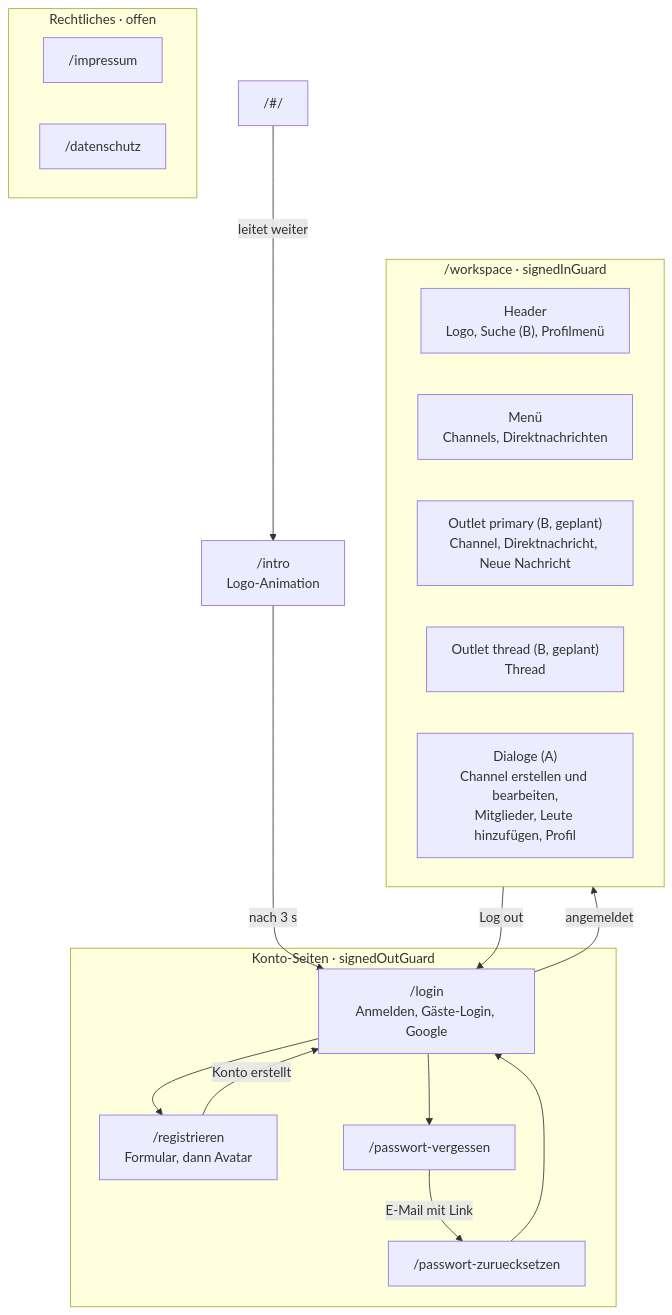
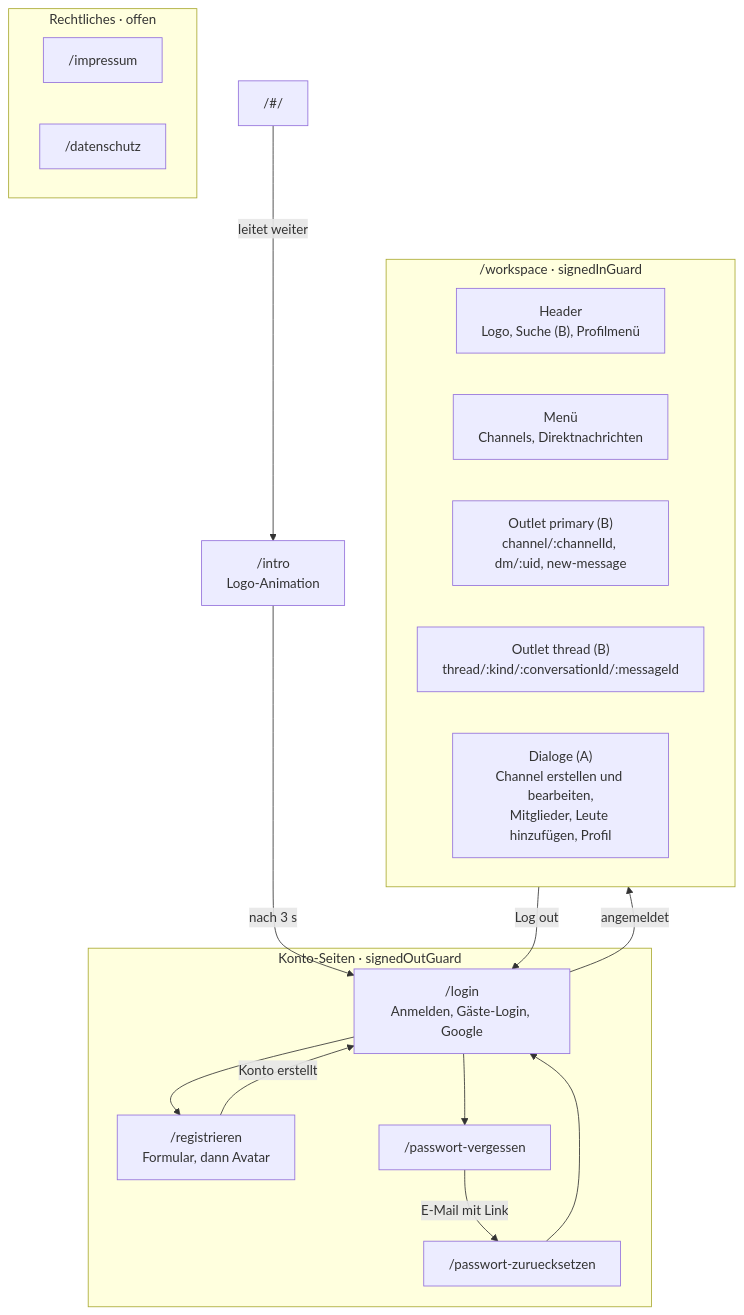
One commit to ttoebbe/dabubble changed the second of 7 diagrams in README.md. Above: the diagram before and after it, drawn with Mermaid. The commit also changed other lines of this file, not shown here.

````diff
--- a/README.md
+++ b/README.md
@@ -142,33 +145,33 @@
 ```mermaid
 flowchart TD
   start["/#/"] -->|"leitet weiter"| intro["/intro<br/>Logo-Animation"]
   intro -->|"nach 3 s"| login
 
   subgraph authLayout["Konto-Seiten · signedOutGuard"]
     login["/login<br/>Anmelden, Gäste-Login, Google"]
     signUp["/registrieren<br/>Formular, dann Avatar"]
     forgot["/passwort-vergessen"]
     reset["/passwort-zuruecksetzen"]
   end
 
   subgraph legalLayout["Rechtliches · offen"]
     imprint["/impressum"]
     privacy["/datenschutz"]
   end
 
   subgraph workspaceFrame["/workspace · signedInGuard"]
     header["Header<br/>Logo, Suche (B), Profilmenü"]
     menu["Menü<br/>Channels, Direktnachrichten"]
-    primaryOutlet["Outlet primary (B, geplant)<br/>Channel, Direktnachricht, Neue Nachricht"]
-    threadOutlet["Outlet thread (B, geplant)<br/>Thread"]
+    primaryOutlet["Outlet primary (B)<br/>channel/:channelId, dm/:uid, new-message"]
+    threadOutlet["Outlet thread (B)<br/>thread/:kind/:conversationId/:messageId"]
     dialogs["Dialoge (A)<br/>Channel erstellen und bearbeiten,<br/>Mitglieder, Leute hinzufügen, Profil"]
   end
 
   login --> signUp
   login --> forgot
   signUp -->|"Konto erstellt"| login
   forgot -->|"E-Mail mit Link"| reset
   reset --> login
   login -->|"angemeldet"| workspaceFrame
   workspaceFrame -->|"Log out"| login
 ```
````
